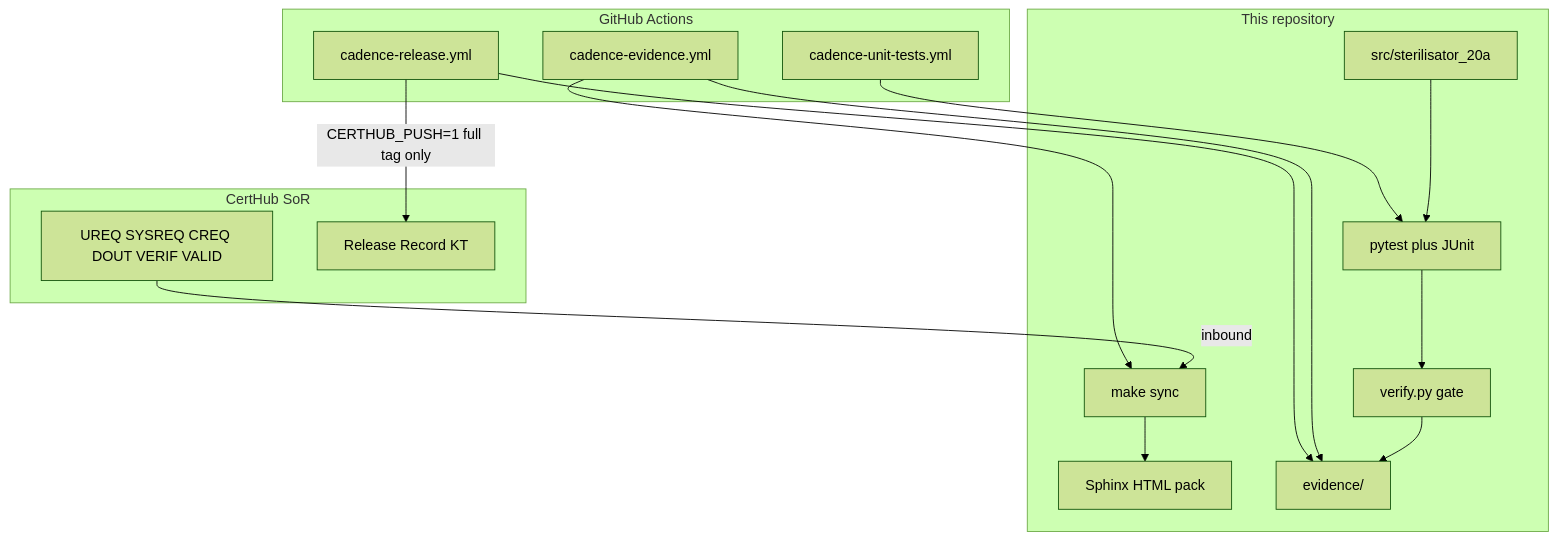
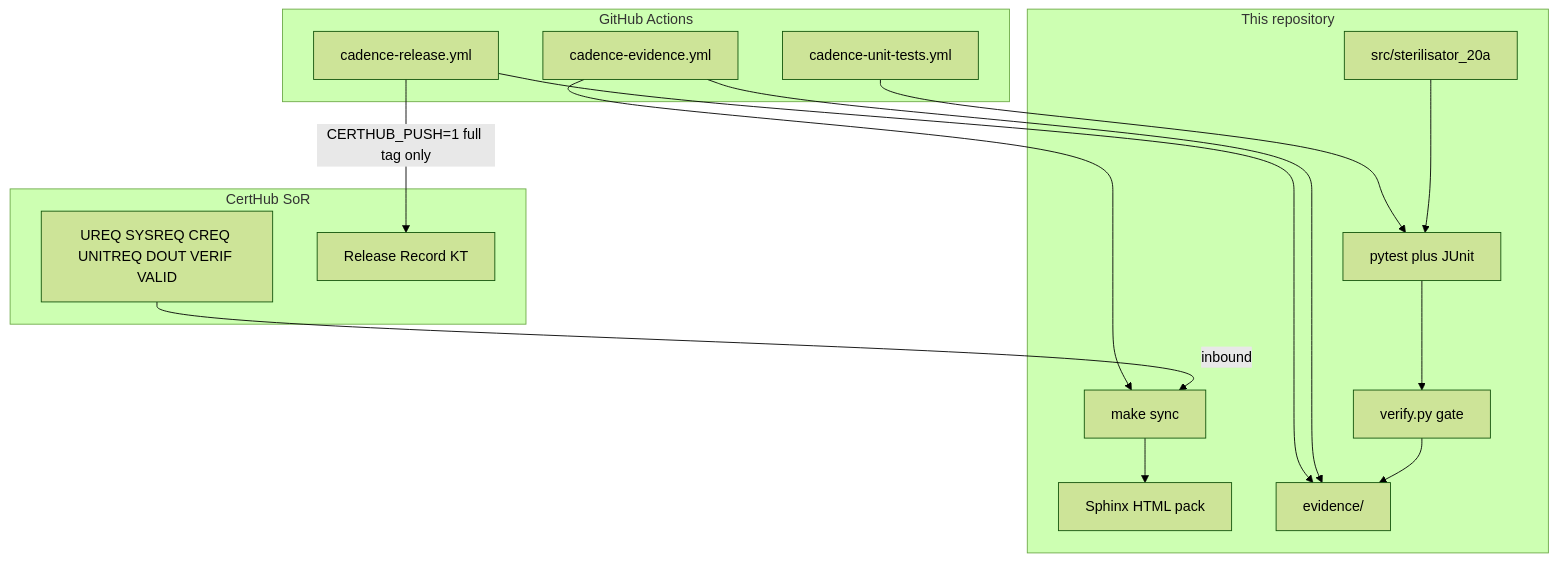
One commit to CertHubCode/certhub-useblocks-example changed the diagram in docs/architecture.md. Above: the diagram before and after it, drawn with Mermaid (forest theme). The commit also changed other lines of this file and 15 other files, not shown here.

````diff
--- a/docs/architecture.md
+++ b/docs/architecture.md
@@ -9,29 +9,29 @@
 ```mermaid
 flowchart TB
   subgraph certhub [CertHub SoR]
-    KTs[UREQ SYSREQ CREQ DOUT VERIF VALID]
+    KTs[UREQ SYSREQ CREQ UNITREQ DOUT VERIF VALID]
     RR[Release Record KT]
   end
   subgraph repo [This repository]
     Sync[make sync]
     Code[src/sterilisator_20a]
     Tests[pytest plus JUnit]
     Gate[verify.py gate]
     Sphinx[Sphinx HTML pack]
     Evidence[evidence/]
   end
   subgraph gha [GitHub Actions]
     Unit[cadence-unit-tests.yml]
     PR[cadence-evidence.yml]
     Rel[cadence-release.yml]
   end
   KTs -->|inbound| Sync
   Sync --> Sphinx
   Code --> Tests --> Gate
   Gate --> Evidence
   Unit --> Tests
   PR --> Sync
   PR --> Evidence
   Rel --> Evidence
   Rel -->|CERTHUB_PUSH=1 full tag only| RR
 ```
````
